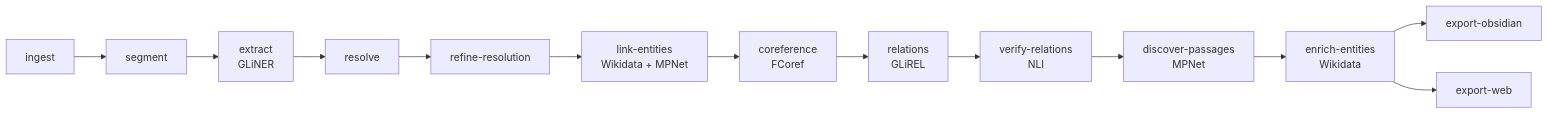
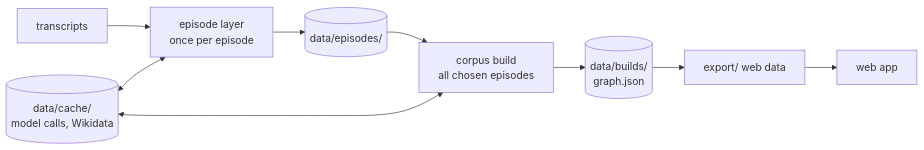
Before and after one commit to jamaleldemashki/structuring-the-spoken-record: the diagram in ARCHITECTURE.md, drawn with Mermaid. The commit also changed other lines of this file and 2 other files, not shown here.

Commit message:
Update README, architecture and development docs

````diff
--- a/ARCHITECTURE.md
+++ b/ARCHITECTURE.md
@@ -10,8 +12,11 @@
 ```mermaid
 flowchart LR
-    I[ingest] --> S[segment] --> E[extract<br/>GLiNER] --> R[resolve] --> F[refine-resolution]
-    F --> L[link-entities<br/>Wikidata + MPNet] --> C[coreference<br/>FCoref] --> G[relations<br/>GLiREL]
-    G --> V[verify-relations<br/>NLI] --> D[discover-passages<br/>MPNet] --> N[enrich-entities<br/>Wikidata]
-    N --> O[export-obsidian]
-    N --> W[export-web]
+    T[transcripts] --> E[episode layer<br/>once per episode]
+    E --> D[(data/episodes/)]
+    D --> B[corpus build<br/>all chosen episodes]
+    C[(data/cache/<br/>model calls, Wikidata)] <--> E
+    C <--> B
+    B --> G[(data/builds/<br/>graph.json)]
+    G --> W[export/ web data]
+    W --> A[web app]
 ```
````
